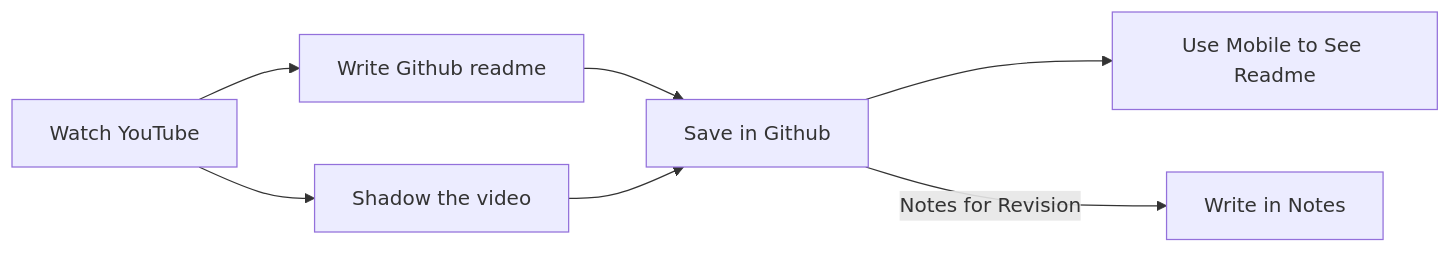
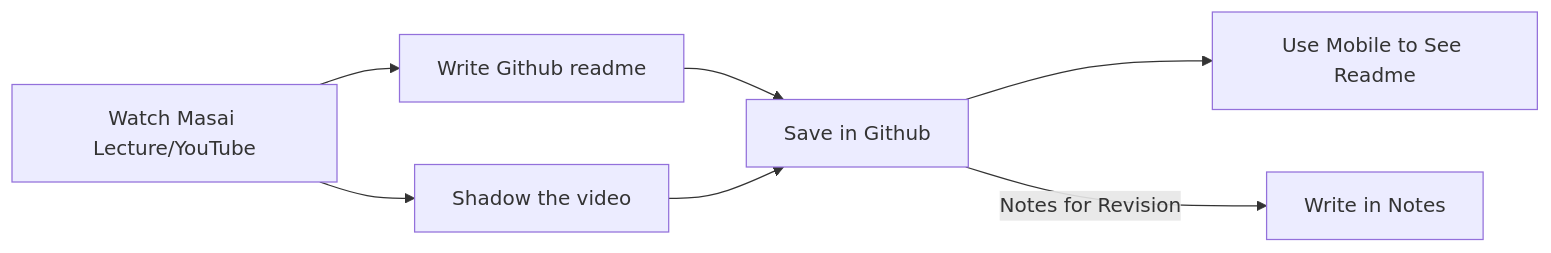
The diagram in Lectures/readMe.md (RouthKiranBabu/Masai_software_testing_Assignments_and_Notes), drawn with Mermaid before and after one commit.

````diff
--- a/Lectures/readMe.md
+++ b/Lectures/readMe.md
@@ -3,9 +3,9 @@
 ```mermaid
 graph LR;
-a[Watch YouTube]-->b[Write Github readme];
+a[Watch Masai Lecture/YouTube]-->b[Write Github readme];
 a --> c[Shadow the video];
 b --> d[Save in Github];
 c --> d;
 d --> e[Use Mobile to See Readme];
 d --> |Notes for Revision| f[Write in Notes];
 ```
````
